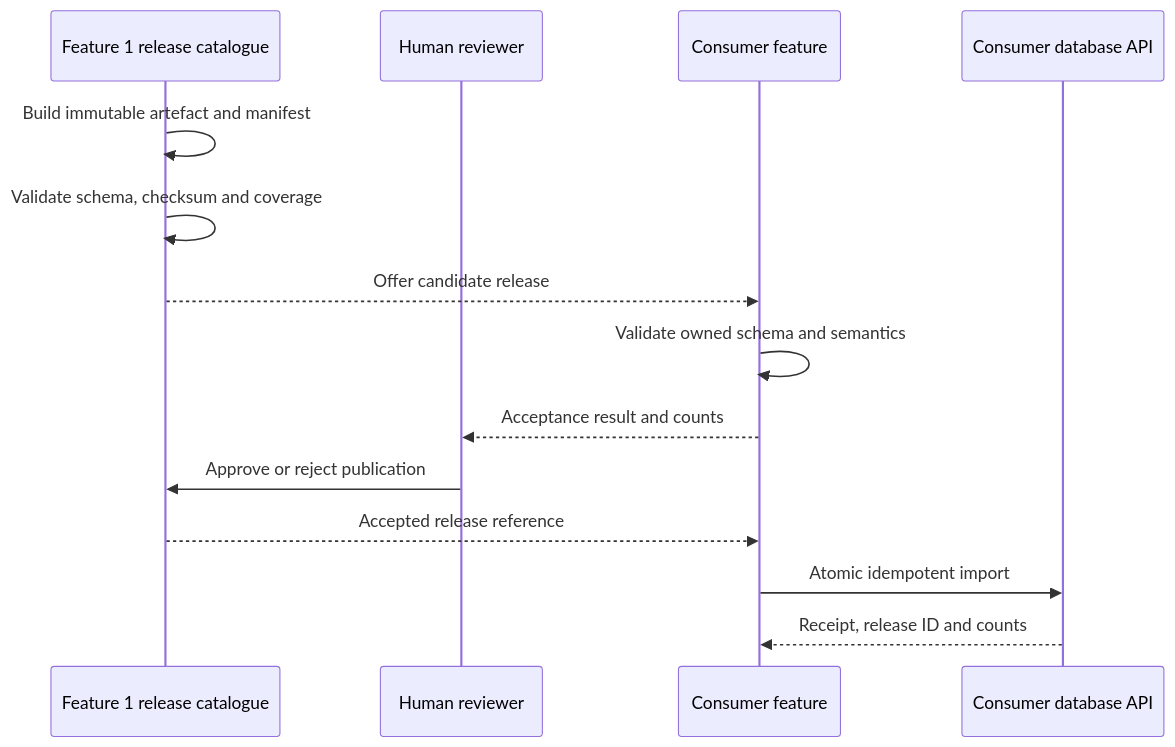
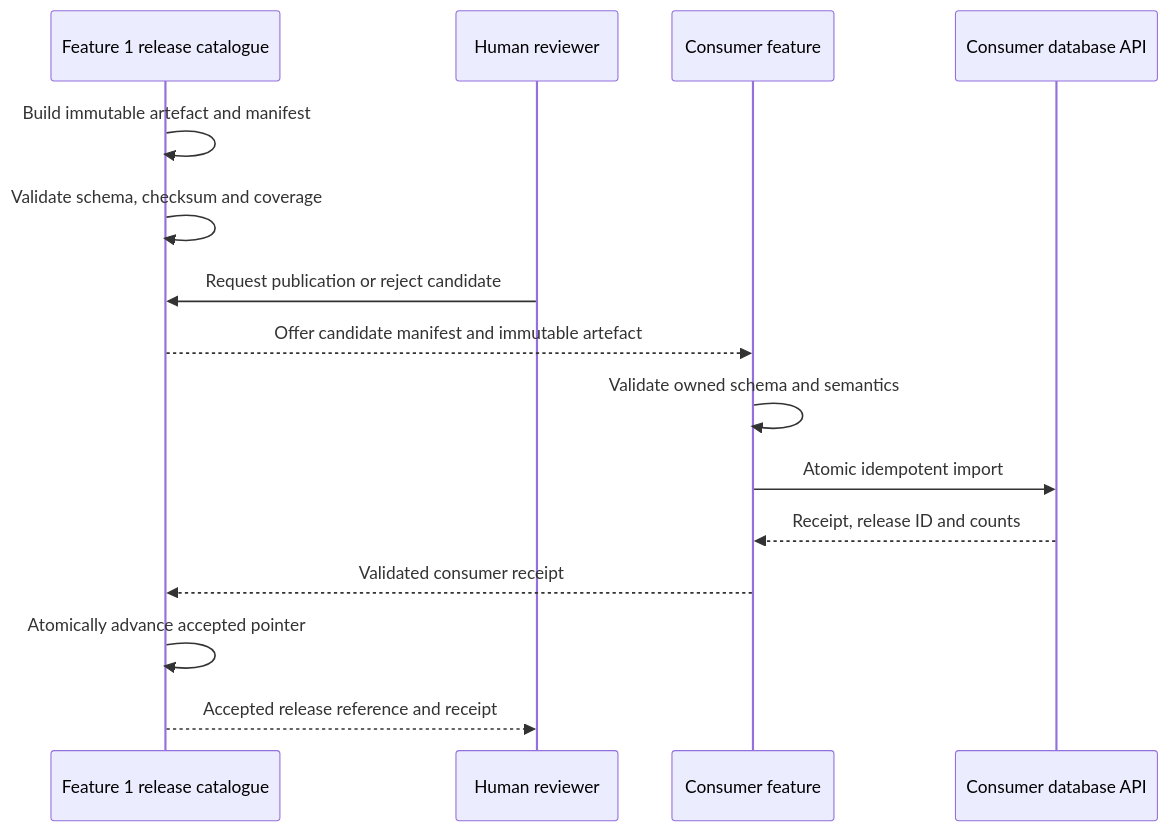
The second of 2 diagrams in docs/architecture/feature-integration-and-experience-contract.md (MattShelton04/41026ASDProject), drawn with Mermaid before and after one commit. The commit also changed other lines of this file and 2 other files, not shown here.

Commit message:
docs(architecture): reconcile integration invariants

````diff
--- a/docs/architecture/feature-integration-and-experience-contract.md
+++ b/docs/architecture/feature-integration-and-experience-contract.md
@@ -273,16 +282,17 @@
 ```mermaid
 sequenceDiagram
     participant F1 as Feature 1 release catalogue
     participant H as Human reviewer
     participant C as Consumer feature
     participant D as Consumer database API
     F1->>F1: Build immutable artefact and manifest
     F1->>F1: Validate schema, checksum and coverage
-    F1-->>C: Offer candidate release
+    H->>F1: Request publication or reject candidate
+    F1-->>C: Offer candidate manifest and immutable artefact
     C->>C: Validate owned schema and semantics
-    C-->>H: Acceptance result and counts
-    H->>F1: Approve or reject publication
-    F1-->>C: Accepted release reference
     C->>D: Atomic idempotent import
     D-->>C: Receipt, release ID and counts
+    C-->>F1: Validated consumer receipt
+    F1->>F1: Atomically advance accepted pointer
+    F1-->>H: Accepted release reference and receipt
 ```
````
